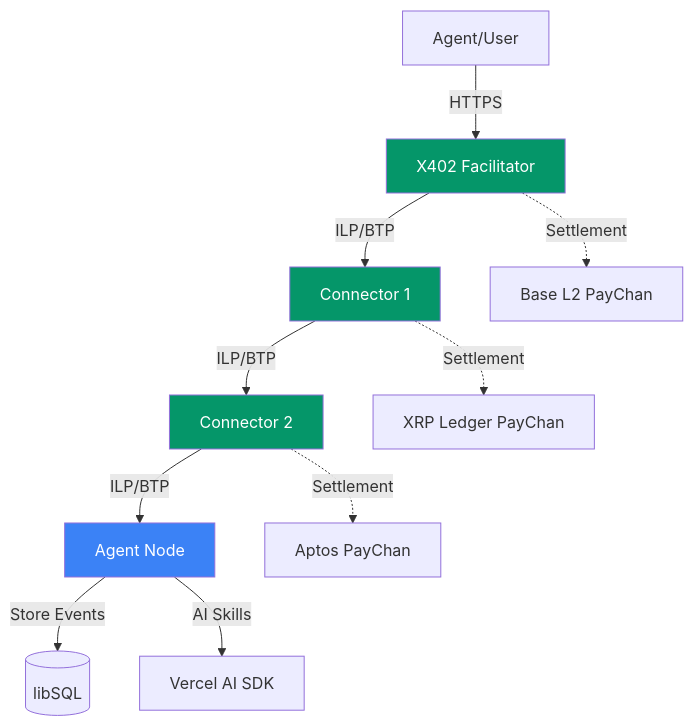
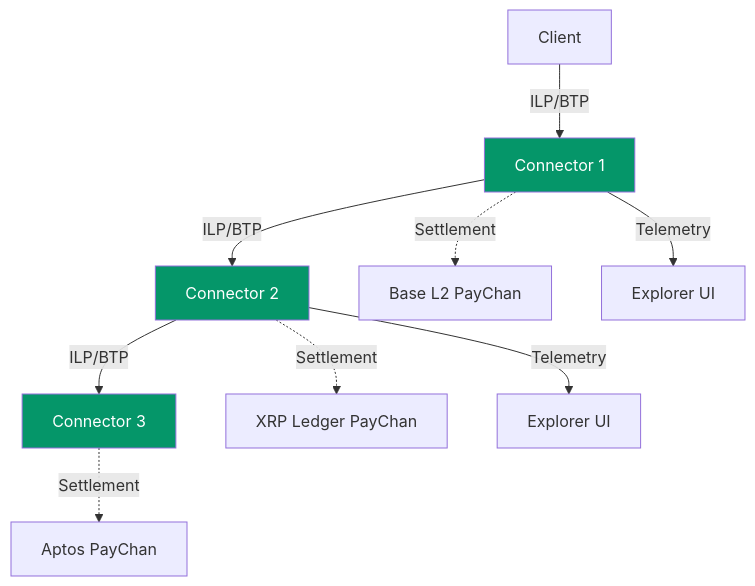
One commit to ALLiDoizCode/connector changed the diagram in README.md. Above: the diagram before and after it, drawn with Mermaid. The commit also changed other lines of this file and 600 other files, not shown here.

````diff
--- a/README.md
+++ b/README.md
@@ -296,20 +95,17 @@
 ```mermaid
 graph TB
-    User[Agent/User] -->|HTTPS| Gateway[X402 Facilitator]
+    Client[Client] -->|ILP/BTP| Connector1[Connector 1]
+    Connector1 -->|ILP/BTP| Connector2[Connector 2]
+    Connector2 -->|ILP/BTP| Connector3[Connector 3]
 
-    Gateway -->|ILP/BTP| Connector1[Connector 1]
-    Connector1 -->|ILP/BTP| Connector2[Connector 2]
-    Connector2 -->|ILP/BTP| Agent[Agent Node]
+    Connector1 -.->|Settlement| EVM[Base L2 PayChan]
+    Connector2 -.->|Settlement| XRP[XRP Ledger PayChan]
+    Connector3 -.->|Settlement| Aptos[Aptos PayChan]
 
-    Gateway -.->|Settlement| EVM[Base L2 PayChan]
-    Connector1 -.->|Settlement| XRP[XRP Ledger PayChan]
-    Connector2 -.->|Settlement| Aptos[Aptos PayChan]
+    Connector1 -->|Telemetry| Explorer1[Explorer UI]
+    Connector2 -->|Telemetry| Explorer2[Explorer UI]
 
-    Agent -->|Store Events| DB[(libSQL)]
-    Agent -->|AI Skills| AI[Vercel AI SDK]
-
-    style Gateway fill:#059669,color:#fff
     style Connector1 fill:#059669,color:#fff
     style Connector2 fill:#059669,color:#fff
-    style Agent fill:#3b82f6,color:#fff
+    style Connector3 fill:#059669,color:#fff
 ```
````
